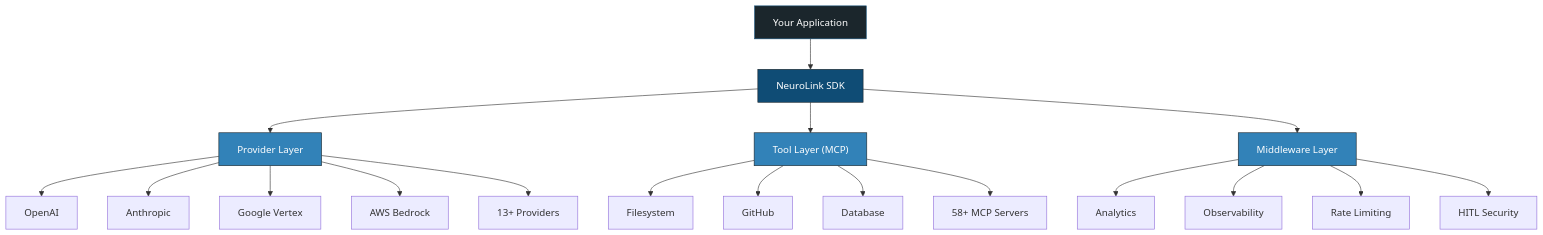
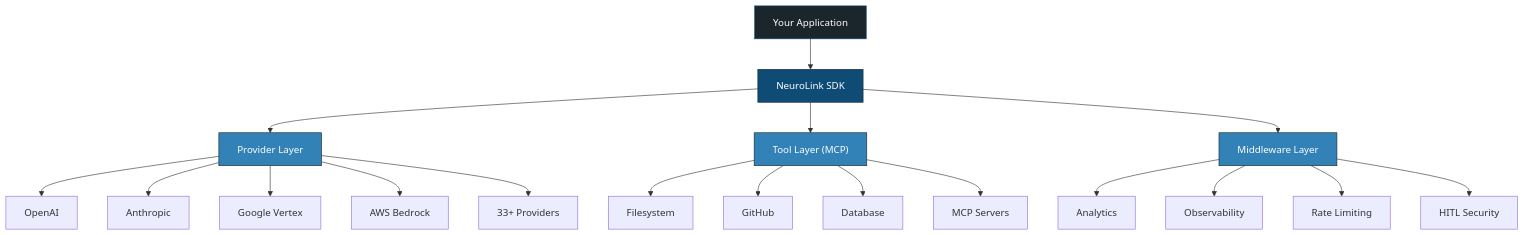
Before and after one commit to juspay/neurolink-blog: the first of 3 diagrams in _posts/2025-06-06-what-is-neurolink-unified-sdk.md, drawn with Mermaid. The commit also changed other lines of this file and 172 other files, not shown here.

````diff
--- a/_posts/2025-06-06-what-is-neurolink-unified-sdk.md
+++ b/_posts/2025-06-06-what-is-neurolink-unified-sdk.md
@@ -150,30 +154,30 @@
 ```mermaid
 flowchart TB
     App["Your Application"] --> NL["NeuroLink SDK"]
 
     NL --> PL["Provider Layer"]
     NL --> TL["Tool Layer (MCP)"]
     NL --> ML["Middleware Layer"]
 
     PL --> P1["OpenAI"]
     PL --> P2["Anthropic"]
     PL --> P3["Google Vertex"]
     PL --> P4["AWS Bedrock"]
-    PL --> P5["13+ Providers"]
+    PL --> P5["33+ Providers"]
 
     TL --> T1["Filesystem"]
     TL --> T2["GitHub"]
     TL --> T3["Database"]
-    TL --> T4["58+ MCP Servers"]
+    TL --> T4["MCP Servers"]
 
     ML --> M1["Analytics"]
     ML --> M2["Observability"]
     ML --> M3["Rate Limiting"]
     ML --> M4["HITL Security"]
 
     style App fill:#1b262c,stroke:#0f4c75,color:#fff
     style NL fill:#0f4c75,stroke:#1b262c,color:#fff
     style PL fill:#3282b8,stroke:#1b262c,color:#fff
     style TL fill:#3282b8,stroke:#1b262c,color:#fff
     style ML fill:#3282b8,stroke:#1b262c,color:#fff
 ```
````
